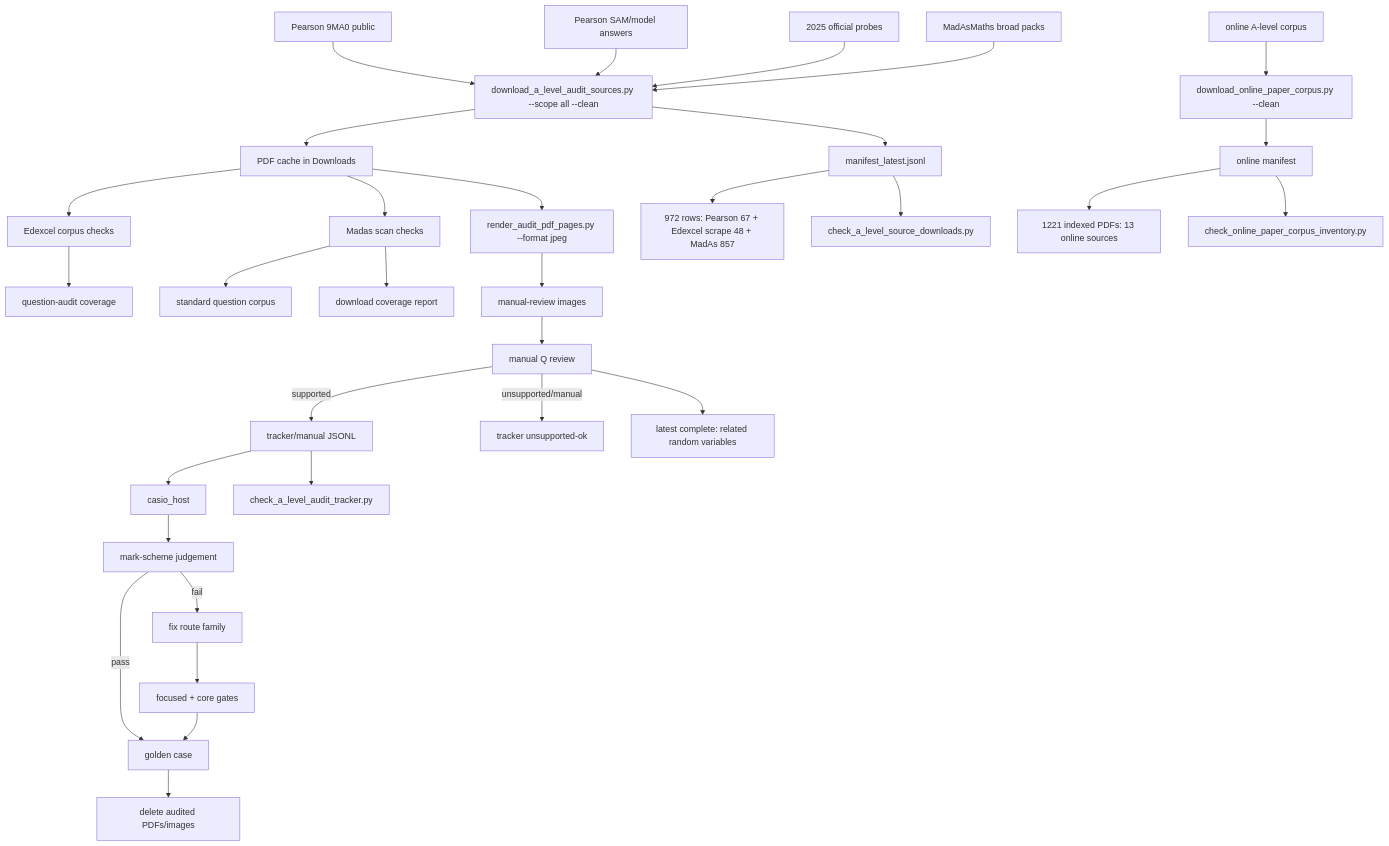
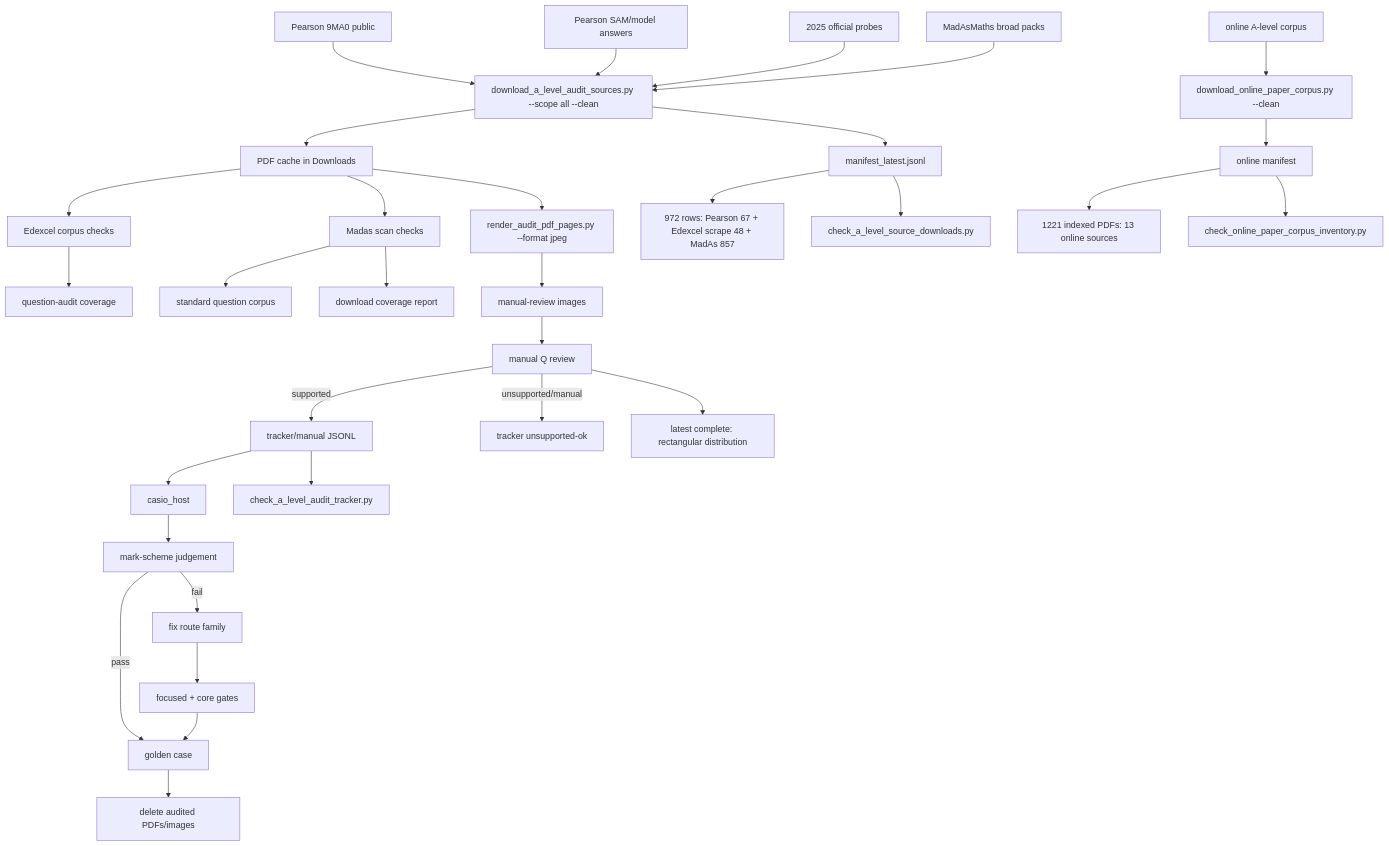
Before and after one commit to james8464/notes-addin-casio-fx-cg50: the diagram in c++/tools/golden/a_level_audit_graph.md, drawn with Mermaid. The commit also changed other lines of this file and 2 other files, not shown here.

Commit message:
Audit rectangular distribution booklet

````diff
--- a/c++/tools/golden/a_level_audit_graph.md
+++ b/c++/tools/golden/a_level_audit_graph.md
@@ -3,34 +3,34 @@
 ```mermaid
 graph TD
   E1["Pearson 9MA0 public"] --> D["download_a_level_audit_sources.py --scope all --clean"]
   E2["Pearson SAM/model answers"] --> D
   E3["2025 official probes"] --> D
   M1["MadAsMaths broad packs"] --> D
   O1["online A-level corpus"] --> OD["download_online_paper_corpus.py --clean"]
   D --> P["PDF cache in Downloads"]
   D --> X["manifest_latest.jsonl"]
   OD --> OX["online manifest"]
   X --> XC["972 rows: Pearson 67 + Edexcel scrape 48 + MadAs 857"]
   OX --> OC["1221 indexed PDFs: 13 online sources"]
   X --> V["check_a_level_source_downloads.py"]
   OX --> OV["check_online_paper_corpus_inventory.py"]
   P --> E["Edexcel corpus checks"]
   E --> EQ["question-audit coverage"]
   P --> S["Madas scan checks"]
   S --> M["standard question corpus"]
   S --> MC["download coverage report"]
   P --> R["render_audit_pdf_pages.py --format jpeg"]
   R --> I["manual-review images"]
   I --> Q["manual Q review"]
   Q -->|supported| J["tracker/manual JSONL"]
   Q -->|unsupported/manual| U["tracker unsupported-ok"]
   J --> H["casio_host"]
   J --> K["check_a_level_audit_tracker.py"]
   H --> C["mark-scheme judgement"]
   C -->|pass| G["golden case"]
   C -->|fail| F["fix route family"]
   F --> T["focused + core gates"]
   T --> G
   G --> Z["delete audited PDFs/images"]
-  Q --> QRelated["latest complete: related random variables"]
+  Q --> QRect["latest complete: rectangular distribution"]
 ```
````
